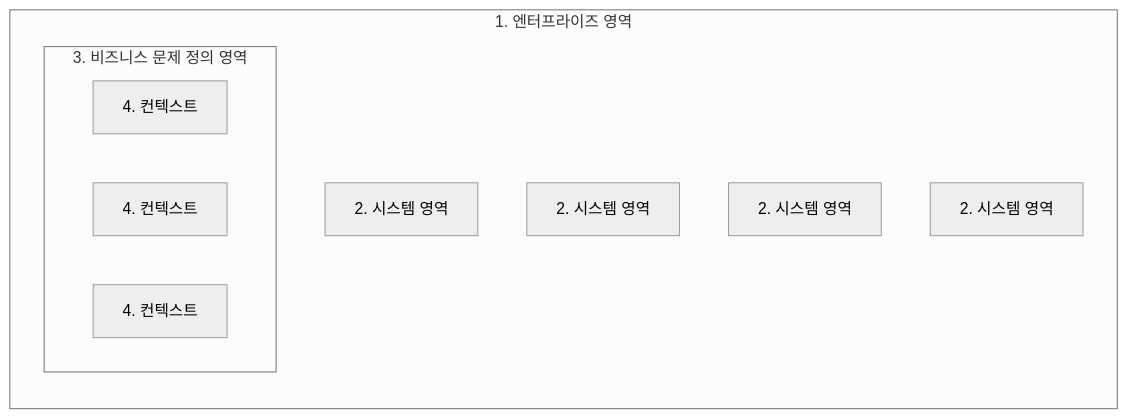
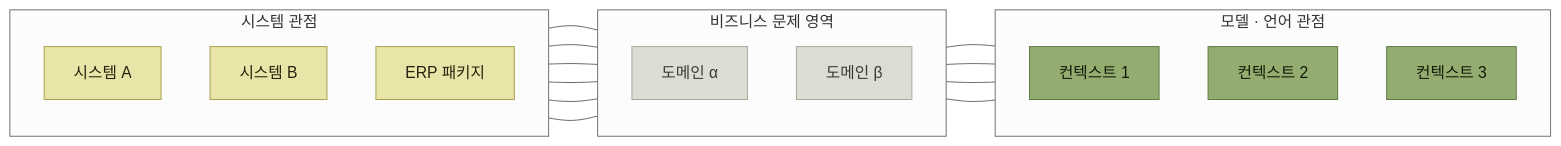
Before and after one commit to devholic22/logistics-backend-study: the third of 4 diagrams in books/아키텍트-첫걸음/1-아키텍트가-하는-일/4-아키텍트.md, drawn with Mermaid (neutral theme). The commit also changed other lines of this file and 4 other files, not shown here.

Commit message:
docs: address architect chapter review

````diff
--- a/books/아키텍트-첫걸음/1-아키텍트가-하는-일/4-아키텍트.md
+++ b/books/아키텍트-첫걸음/1-아키텍트가-하는-일/4-아키텍트.md
@@ -123,17 +129,38 @@
 ```mermaid
-flowchart TB
-    %% lint: layout  원서 [그림 1.4]의 포함 관계를 옮긴 배치도다. 흐름이 아니다
-    subgraph ENT["1. 엔터프라이즈 영역"]
+flowchart LR
+    subgraph SYS["시스템 관점"]
         direction TB
-        S1["2. 시스템 영역"]
-        S2["2. 시스템 영역"]
-        subgraph BIZ["3. 비즈니스 문제 정의 영역"]
-            direction LR
-            C1["4. 컨텍스트"]
-            C2["4. 컨텍스트"]
-            C3["4. 컨텍스트"]
-        end
-        S3["2. 시스템 영역"]
-        S4["2. 시스템 영역"]
+        S1["시스템 A"]
+        S2["시스템 B"]
+        S3["ERP 패키지"]
     end
+    subgraph BIZ["비즈니스 문제 영역"]
+        direction TB
+        D1["도메인 α"]
+        D2["도메인 β"]
+    end
+    subgraph CTX["모델 · 언어 관점"]
+        direction TB
+        C1["컨텍스트 1"]
+        C2["컨텍스트 2"]
+        C3["컨텍스트 3"]
+    end
+
+    S1 --- D1
+    S1 --- D2
+    S2 --- D1
+    S2 --- D2
+    S3 --- D1
+    S3 --- D2
+    D1 --- C1
+    D1 --- C2
+    D2 --- C2
+    D2 --- C3
+
+    classDef sys fill:#e9e5a8,stroke:#a99f4d,color:#26240c
+    classDef muted fill:#dcdcd2,stroke:#a8a89c,color:#3a3a30
+    classDef core fill:#93ad70,stroke:#5f7a44,color:#121a08
+    class S1,S2,S3 sys
+    class D1,D2 muted
+    class C1,C2,C3 core
 ```
````
